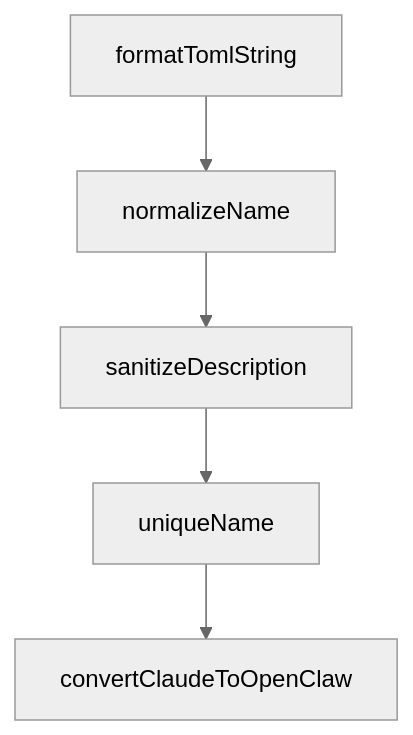
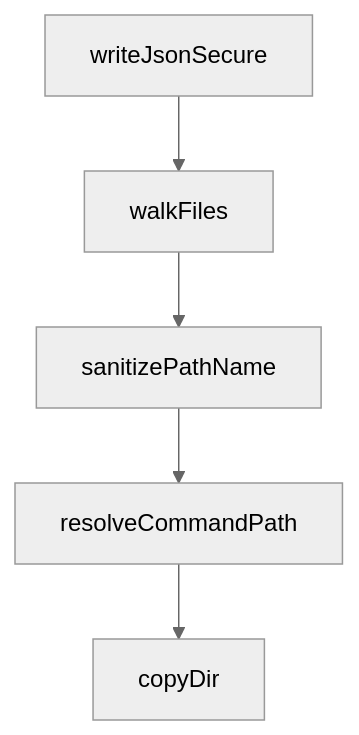
One commit to johnxie/awesome-code-docs changed the diagram in tutorials/compound-engineering-plugin-tutorial/07-troubleshooting-and-runtime-maintenance.md. Above: the diagram before and after it, drawn with Mermaid (neutral theme). The commit also changed other lines of this file and 1232 other files, not shown here.

````diff
--- a/tutorials/compound-engineering-plugin-tutorial/07-troubleshooting-and-runtime-maintenance.md
+++ b/tutorials/compound-engineering-plugin-tutorial/07-troubleshooting-and-runtime-maintenance.md
@@ -220,12 +218,12 @@
 ```mermaid
 flowchart TD
-    A[formatTomlString]
-    B[normalizeName]
-    C[sanitizeDescription]
-    D[uniqueName]
-    E[convertClaudeToOpenClaw]
+    A[writeJsonSecure]
+    B[walkFiles]
+    C[sanitizePathName]
+    D[resolveCommandPath]
+    E[copyDir]
     A --> B
     B --> C
     C --> D
     D --> E
 ```
````
